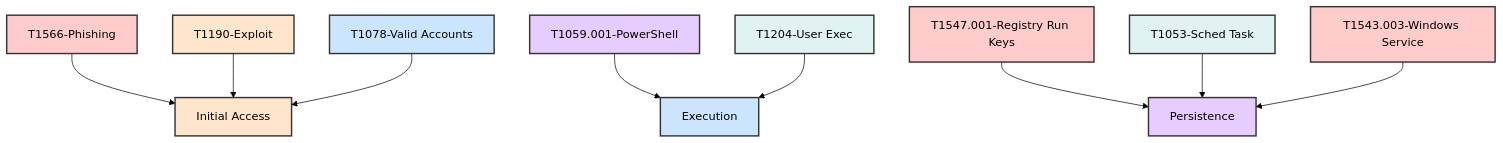
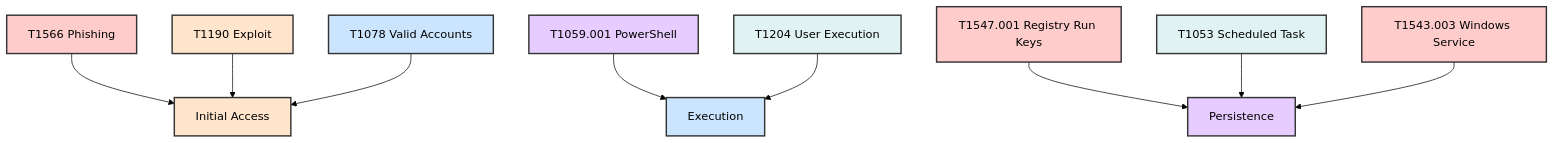
The tenth of 29 diagrams in 1-Incident-Handling-Process/README.md (manojxshrestha/SOC-Analyst-Cheatsheet), drawn with Mermaid (forest theme) before and after one commit. The commit also changed other lines of this file, not shown here.

````diff
--- a/1-Incident-Handling-Process/README.md
+++ b/1-Incident-Handling-Process/README.md
@@ -374,25 +374,25 @@
 ```mermaid
 graph TD
-    A["T1566-Phishing"] --> G["Initial Access"]
-    B["T1190-Exploit"] --> G
-    C["T1078-Valid Accounts"] --> G
+    A[T1566 Phishing] --> G[Initial Access]
+    B[T1190 Exploit] --> G
+    C[T1078 Valid Accounts] --> G
     
-    D["T1059.001-PowerShell"] --> H["Execution"]
-    E["T1204-User Exec"] --> H
+    D[T1059.001 PowerShell] --> H[Execution]
+    E[T1204 User Execution] --> H
     
-    F["T1547.001-Registry Run Keys"] --> I["Persistence"]
-    J["T1053-Sched Task"] --> I
-    K["T1543.003-Windows Service"] --> I
+    F[T1547.001 Registry Run Keys] --> I[Persistence]
+    J[T1053 Scheduled Task] --> I
+    K[T1543.003 Windows Service] --> I
     
     style A fill:#ffcccc,stroke:#333,stroke-width:2px,color:#000
     style B fill:#ffe5cc,stroke:#333,stroke-width:2px,color:#000
     style C fill:#cce5ff,stroke:#333,stroke-width:2px,color:#000
     style D fill:#e6ccff,stroke:#333,stroke-width:2px,color:#000
     style E fill:#e0f2f1,stroke:#333,stroke-width:2px,color:#000
     style F fill:#ffcccc,stroke:#333,stroke-width:2px,color:#000
     style G fill:#ffe5cc,stroke:#333,stroke-width:2px,color:#000
     style H fill:#cce5ff,stroke:#333,stroke-width:2px,color:#000
     style I fill:#e6ccff,stroke:#333,stroke-width:2px,color:#000
     style J fill:#e0f2f1,stroke:#333,stroke-width:2px,color:#000
     style K fill:#ffcccc,stroke:#333,stroke-width:2px,color:#000
 ```
````
